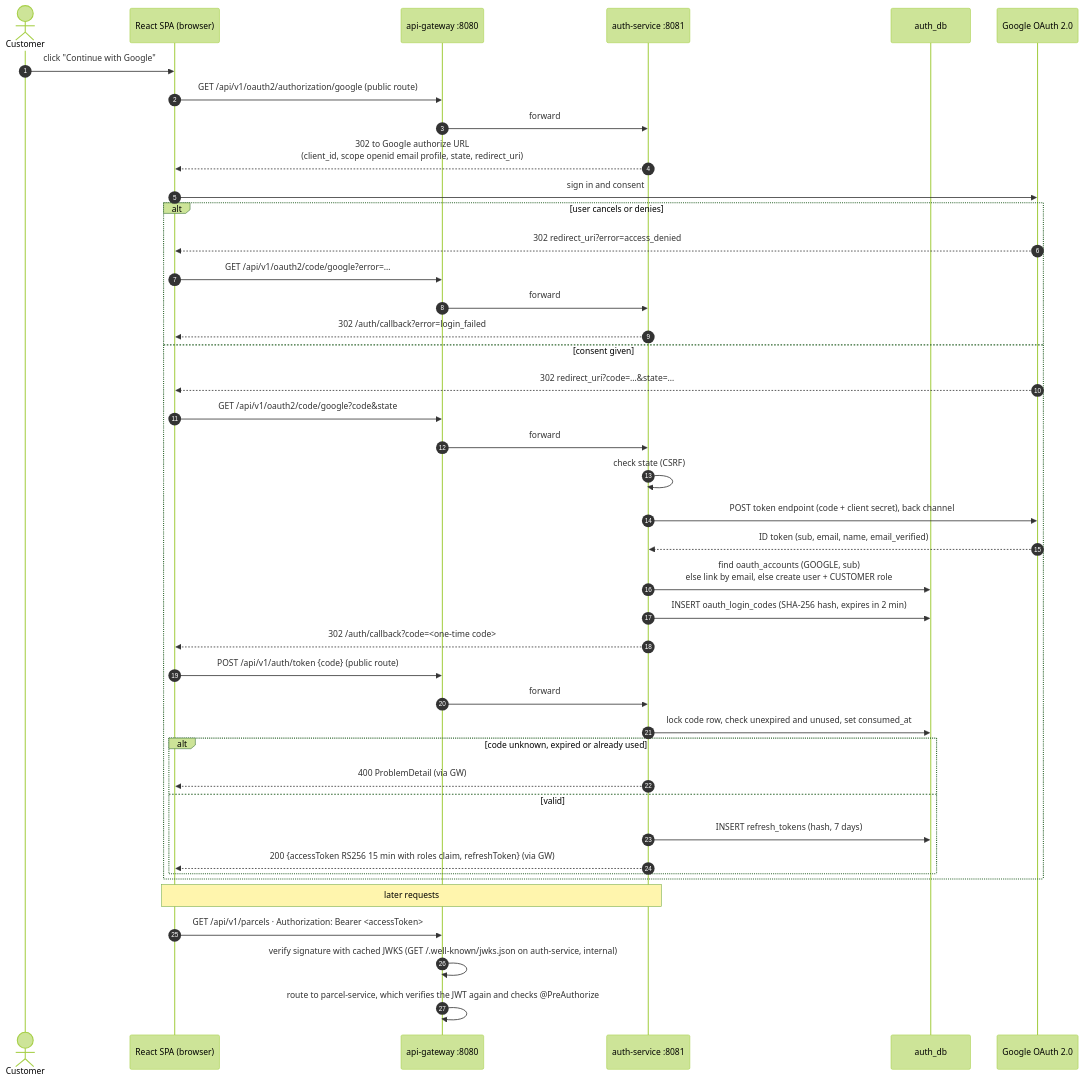
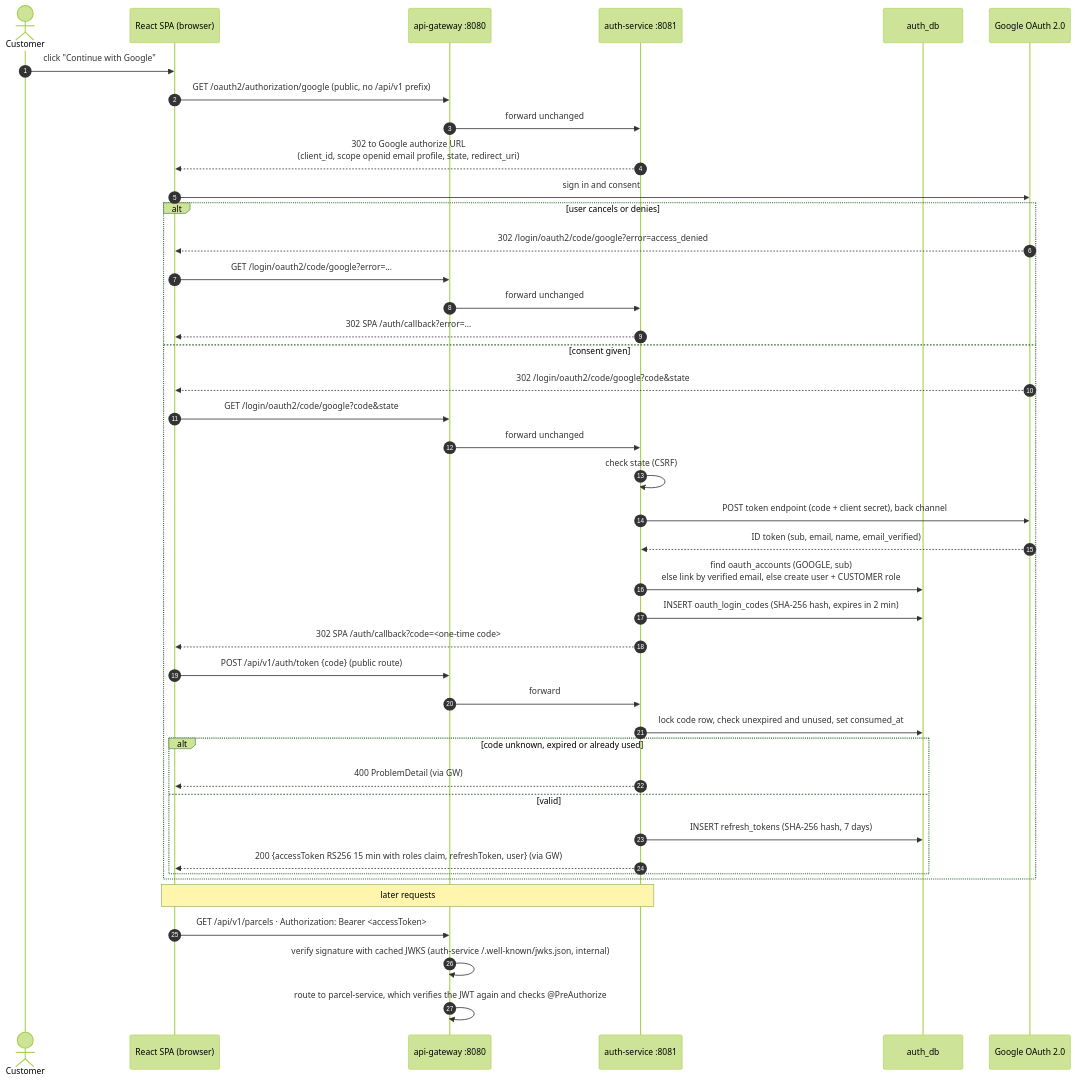
Before and after one commit to Sachintha-dilshan49/SwiftDrop: the diagram in docs/diagrams/sequence/seq-oauth2-google-login.mmd, drawn with Mermaid (forest theme). The commit also changed 15 other files, not shown here.

First line of the commit message:
docs(diagrams): apply team decisions to login, er and guest diagrams

```diff
--- a/docs/diagrams/sequence/seq-oauth2-google-login.mmd
+++ b/docs/diagrams/sequence/seq-oauth2-google-login.mmd
@@ -1,50 +1,49 @@
 %% Sequence — Login with Google, OAuth 2.0 Authorization Code flow (report sequence 4)
-%% Based on seq-google-login.mmd by Thulani Jayathilake (Role 2, branch feature/internal-auth-and-docs); corrected against
-%% docs/architecture.md v1.1 §6.1 (gateway, public routes), §9 (tokens), §10.4
-%% Changes: browser traffic goes through the gateway with the /api/v1 prefix; error branches; first API call with the JWT.
-%% Open point (see audit): Google's redirect URI. Role 2 uses /login/oauth2/code/google, which the gateway does not route;
-%% this diagram assumes it is configured as /api/v1/oauth2/code/google so it falls under the public /api/v1/oauth2/** route.
+%% Based on seq-google-login.mmd by Thulani Jayathilake (Role 2); corrected against docs/architecture.md v1.2 §6.1, §9, §10.4
+%% Changes: browser traffic goes through the gateway; Spring's default OAuth paths (/oauth2/**, /login/oauth2/**) are
+%% forwarded to auth-service unchanged, without the /api/v1 prefix (team decision, 31 Oct 2026); error branches;
+%% first API call with the JWT. Google login is switched on with AUTH_GOOGLE_ENABLED=true.
 sequenceDiagram
     autonumber
     actor User as Customer
     participant SPA as React SPA (browser)
     participant GW as api-gateway :8080
     participant AUTH as auth-service :8081
     participant DB as auth_db
     participant G as Google OAuth 2.0
 
     User->>SPA: click "Continue with Google"
-    SPA->>GW: GET /api/v1/oauth2/authorization/google (public route)
-    GW->>AUTH: forward
+    SPA->>GW: GET /oauth2/authorization/google (public, no /api/v1 prefix)
+    GW->>AUTH: forward unchanged
     AUTH-->>SPA: 302 to Google authorize URL<br/>(client_id, scope openid email profile, state, redirect_uri)
     SPA->>G: sign in and consent
     alt user cancels or denies
-        G-->>SPA: 302 redirect_uri?error=access_denied
-        SPA->>GW: GET /api/v1/oauth2/code/google?error=…
-        GW->>AUTH: forward
-        AUTH-->>SPA: 302 /auth/callback?error=login_failed
+        G-->>SPA: 302 /login/oauth2/code/google?error=access_denied
+        SPA->>GW: GET /login/oauth2/code/google?error=…
+        GW->>AUTH: forward unchanged
+        AUTH-->>SPA: 302 SPA /auth/callback?error=…
     else consent given
-        G-->>SPA: 302 redirect_uri?code=…&state=…
-        SPA->>GW: GET /api/v1/oauth2/code/google?code&state
-        GW->>AUTH: forward
+        G-->>SPA: 302 /login/oauth2/code/google?code&state
+        SPA->>GW: GET /login/oauth2/code/google?code&state
+        GW->>AUTH: forward unchanged
         AUTH->>AUTH: check state (CSRF)
         AUTH->>G: POST token endpoint (code + client secret), back channel
         G-->>AUTH: ID token (sub, email, name, email_verified)
-        AUTH->>DB: find oauth_accounts (GOOGLE, sub)<br/>else link by email, else create user + CUSTOMER role
+        AUTH->>DB: find oauth_accounts (GOOGLE, sub)<br/>else link by verified email, else create user + CUSTOMER role
         AUTH->>DB: INSERT oauth_login_codes (SHA-256 hash, expires in 2 min)
-        AUTH-->>SPA: 302 /auth/callback?code=<one-time code>
+        AUTH-->>SPA: 302 SPA /auth/callback?code=<one-time code>
         SPA->>GW: POST /api/v1/auth/token {code} (public route)
         GW->>AUTH: forward
         AUTH->>DB: lock code row, check unexpired and unused, set consumed_at
         alt code unknown, expired or already used
             AUTH-->>SPA: 400 ProblemDetail (via GW)
         else valid
-            AUTH->>DB: INSERT refresh_tokens (hash, 7 days)
-            AUTH-->>SPA: 200 {accessToken RS256 15 min with roles claim, refreshToken} (via GW)
+            AUTH->>DB: INSERT refresh_tokens (SHA-256 hash, 7 days)
+            AUTH-->>SPA: 200 {accessToken RS256 15 min with roles claim, refreshToken, user} (via GW)
         end
     end
 
     Note over SPA,AUTH: later requests
     SPA->>GW: GET /api/v1/parcels · Authorization: Bearer <accessToken>
-    GW->>GW: verify signature with cached JWKS (GET /.well-known/jwks.json on auth-service, internal)
+    GW->>GW: verify signature with cached JWKS (auth-service /.well-known/jwks.json, internal)
     GW->>GW: route to parcel-service, which verifies the JWT again and checks @PreAuthorize
```
